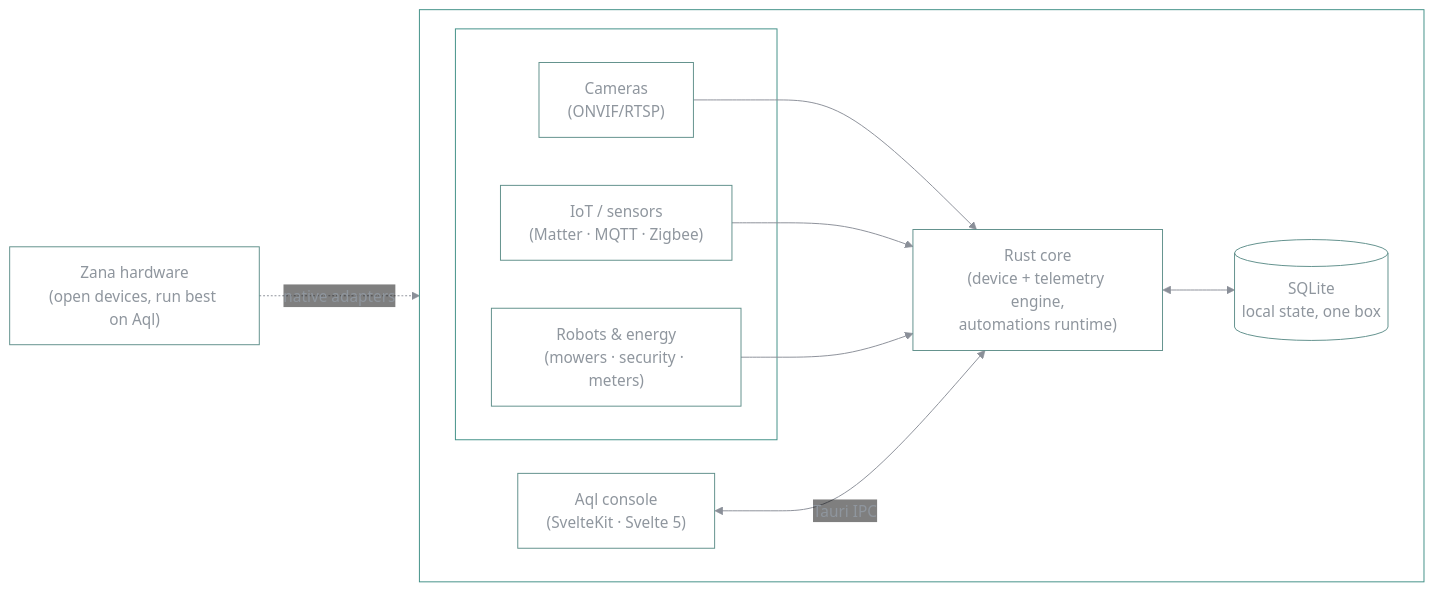
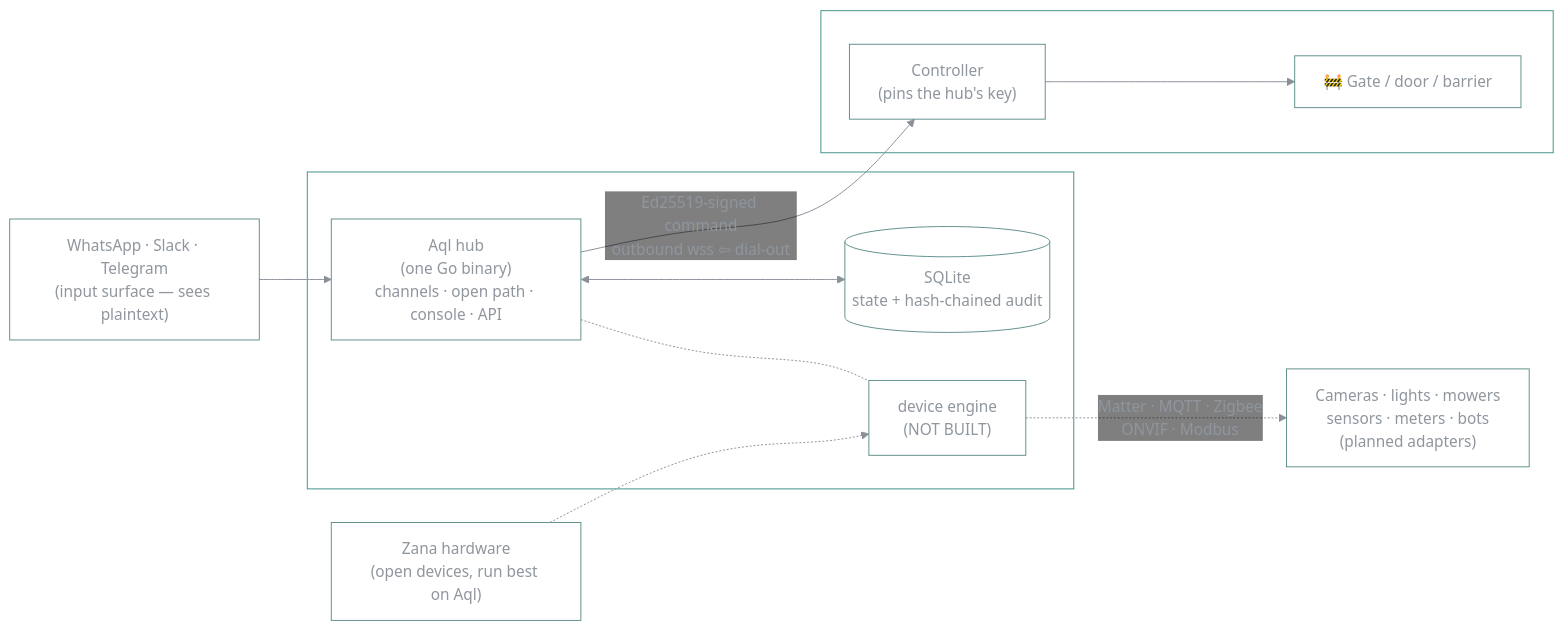
The diagram in README.md (vul-os/aql), drawn with Mermaid before and after one commit. The commit also changed other lines of this file and 50 other files, not shown here.

````diff
--- a/README.md
+++ b/README.md
@@ -111,22 +164,23 @@
 ```mermaid
 %%{init: {'theme':'base','themeVariables':{'fontFamily':'ui-monospace, SFMono-Regular, Menlo, monospace','primaryColor':'transparent','primaryBorderColor':'#14b8a6','primaryTextColor':'#8f969e','lineColor':'#8a8f98','nodeBorder':'#5f8f8a','edgeLabelBackground':'transparent','clusterBorder':'#3f8f86','clusterBkg':'transparent'}}}%%
 flowchart LR
-    subgraph box["your box — home or business"]
-        direction LR
-        subgraph dev["devices (planned adapters)"]
-            cam["Cameras<br/>(ONVIF/RTSP)"]
-            iot["IoT / sensors<br/>(Matter · MQTT · Zigbee)"]
-            bots["Robots &amp; energy<br/>(mowers · security · meters)"]
-        end
-        core["Rust core<br/>(device + telemetry engine,<br/>automations runtime)"]
-        db[("SQLite<br/>local state, one box")]
-        app["Aql console<br/>(SvelteKit · Svelte 5)"]
-        cam --> core
-        iot --> core
-        bots --> core
-        core <--> db
-        app <-->|"Tauri IPC"| core
+    chat["WhatsApp · Slack · Telegram<br/>(input surface — sees plaintext)"]
+    subgraph box["your box"]
+        hub["Aql hub<br/>(one Go binary)<br/>channels · open path · console · API"]
+        db[("SQLite<br/>state + hash-chained audit")]
+        eng["device engine<br/>(NOT BUILT)"]
+        hub <--> db
+        hub -.- eng
     end
+    subgraph gate["at the gate"]
+        ctl["Controller<br/>(pins the hub's key)"]
+        motor["🚧 Gate / door / barrier"]
+        ctl --> motor
+    end
+    future["Cameras · lights · mowers<br/>sensors · meters · bots<br/>(planned adapters)"]
+    chat --> hub
+    hub -->|"Ed25519-signed command<br/>outbound wss ⇦ dial-out"| ctl
+    eng -.->|"Matter · MQTT · Zigbee<br/>ONVIF · Modbus"| future
     zana["Zana hardware<br/>(open devices, run best on Aql)"]
-    zana -.->|"native adapters"| core
+    zana -.-> eng
 ```
````
